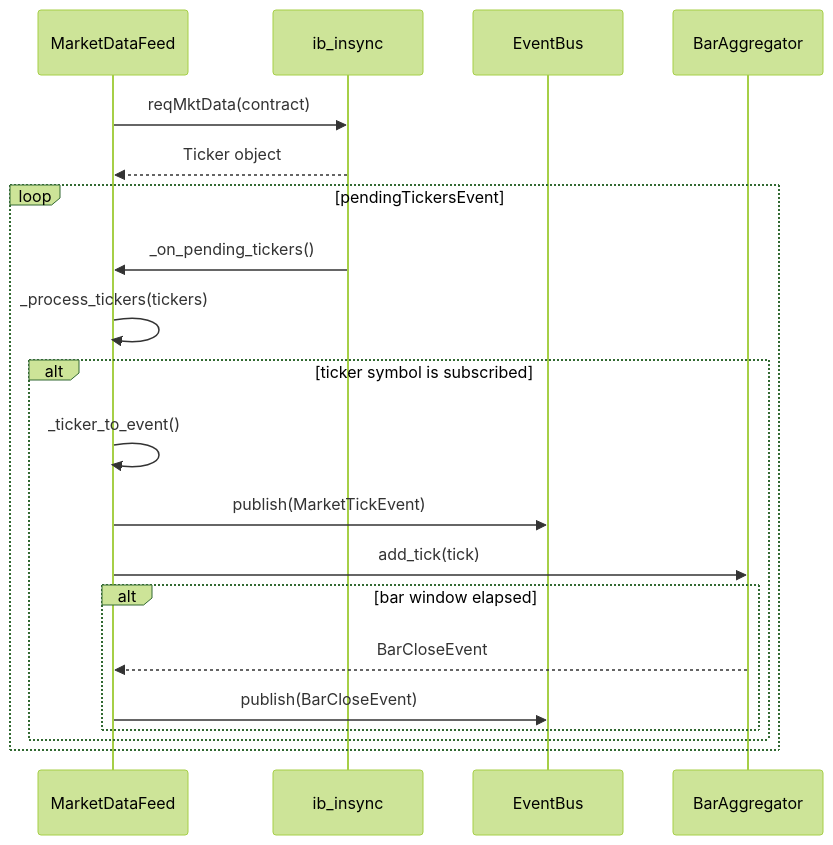
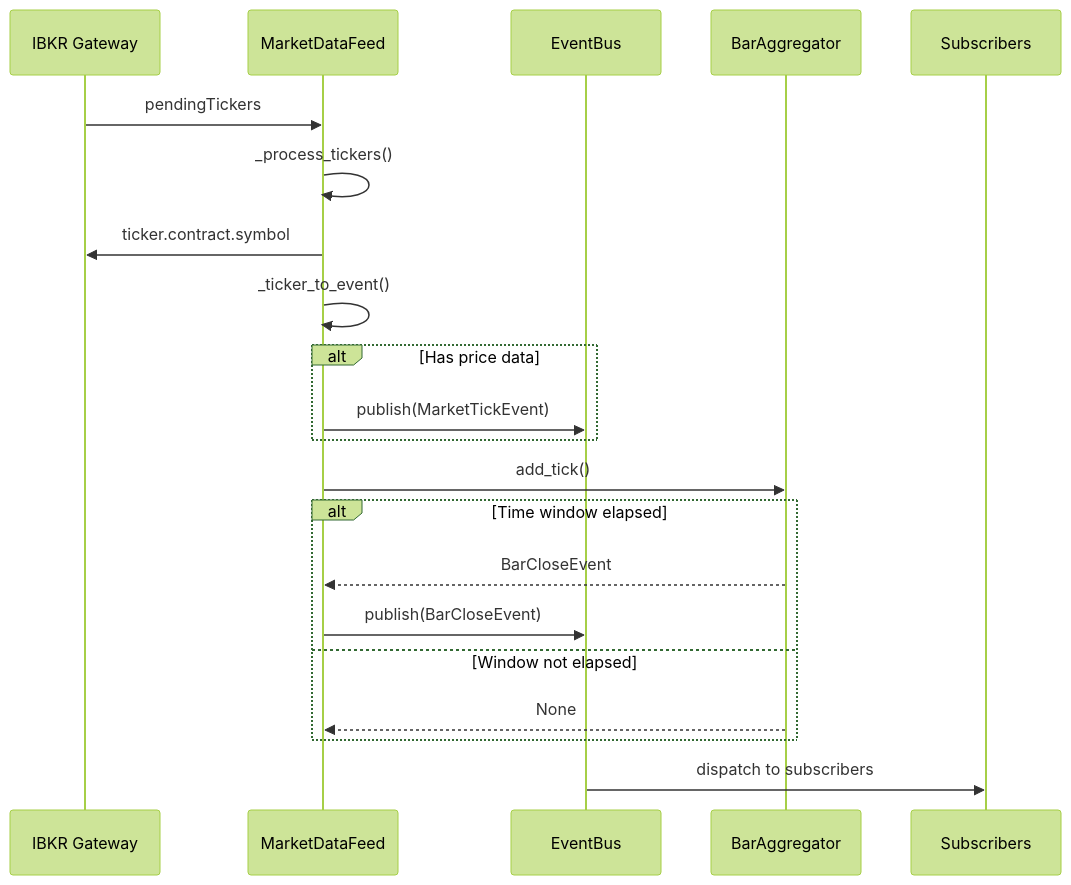
The third of 8 diagrams in .agents/summary/workflows.md (aryamsharma/edrader), drawn with Mermaid (forest theme) before and after one commit. The commit also changed other lines of this file and 12 other files, not shown here.

````diff
--- a/.agents/summary/workflows.md
+++ b/.agents/summary/workflows.md
@@ -50,24 +106,28 @@
 ```mermaid
 sequenceDiagram
-    participant Feed as MarketDataFeed
-    participant IB as ib_insync
-    participant Bus as EventBus
-    participant Agg as BarAggregator
+    participant IB as IBKR Gateway
+    participant MDF as MarketDataFeed
+    participant EB as EventBus
+    participant BA as BarAggregator
+    participant Sub as Subscribers
 
-    Feed->>IB: reqMktData(contract)
-    IB-->>Feed: Ticker object
+    IB->>MDF: pendingTickers
+    MDF->>MDF: _process_tickers()
+    MDF->>IB: ticker.contract.symbol
+    MDF->>MDF: _ticker_to_event()
 
-    loop pendingTickersEvent
-        IB->>Feed: _on_pending_tickers()
-        Feed->>Feed: _process_tickers(tickers)
-        alt ticker symbol is subscribed
-            Feed->>Feed: _ticker_to_event()
-            Feed->>Bus: publish(MarketTickEvent)
-            Feed->>Agg: add_tick(tick)
-            alt bar window elapsed
-                Agg-->>Feed: BarCloseEvent
-                Feed->>Bus: publish(BarCloseEvent)
-            end
-        end
+    alt Has price data
+        MDF->>EB: publish(MarketTickEvent)
     end
+
+    MDF->>BA: add_tick()
+
+    alt Time window elapsed
+        BA-->>MDF: BarCloseEvent
+        MDF->>EB: publish(BarCloseEvent)
+    else Window not elapsed
+        BA-->>MDF: None
+    end
+
+    EB->>Sub: dispatch to subscribers
 ```
````
